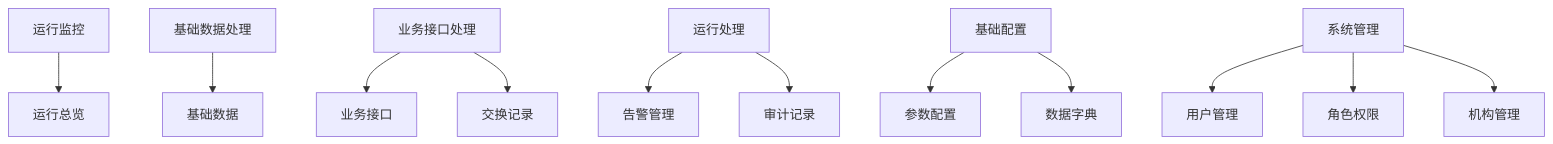
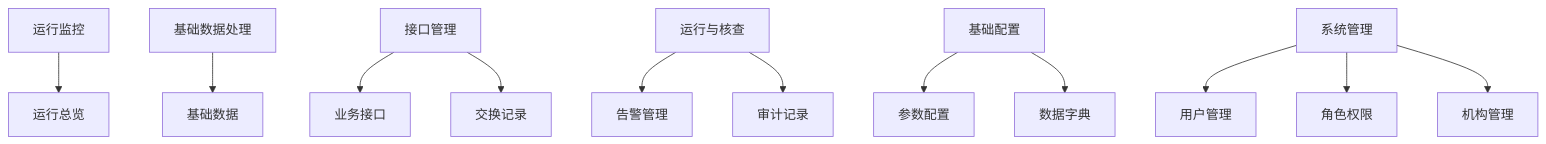
One commit to zftos-xai/county-integration-platform changed the diagram in docs/design/系统UI布局框架.md. Above: the diagram before and after it, drawn with Mermaid. The commit also changed other lines of this file and 81 other files, not shown here.

````diff
--- a/docs/design/系统UI布局框架.md
+++ b/docs/design/系统UI布局框架.md
@@ -24,14 +24,14 @@
 ```mermaid
 flowchart TD
     A[运行监控] --> A1[运行总览]
     B[基础数据处理] --> B1[基础数据]
-    C[业务接口处理] --> C1[业务接口]
+    C[接口管理] --> C1[业务接口]
     C --> C2[交换记录]
-    D[运行处理] --> D1[告警管理]
+    D[运行与核查] --> D1[告警管理]
     D --> D2[审计记录]
     F[基础配置] --> F1[参数配置]
     F --> F2[数据字典]
     G[系统管理] --> G1[用户管理]
     G --> G2[角色权限]
     G --> G3[机构管理]
 ```
````
